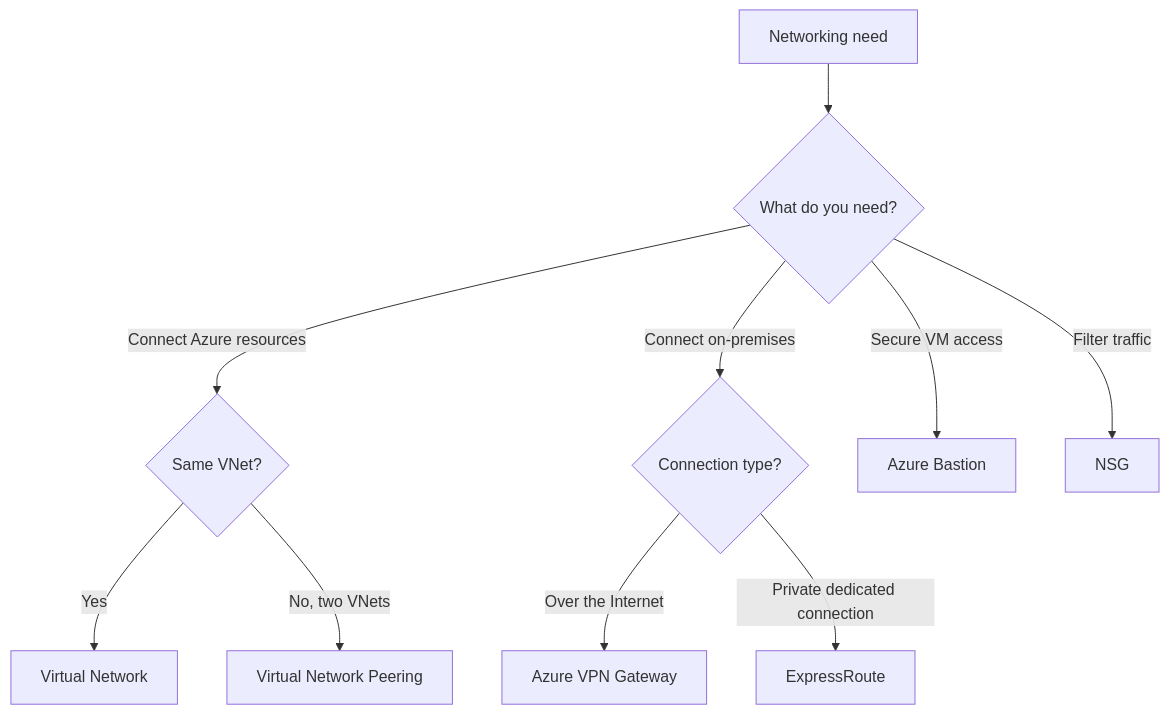
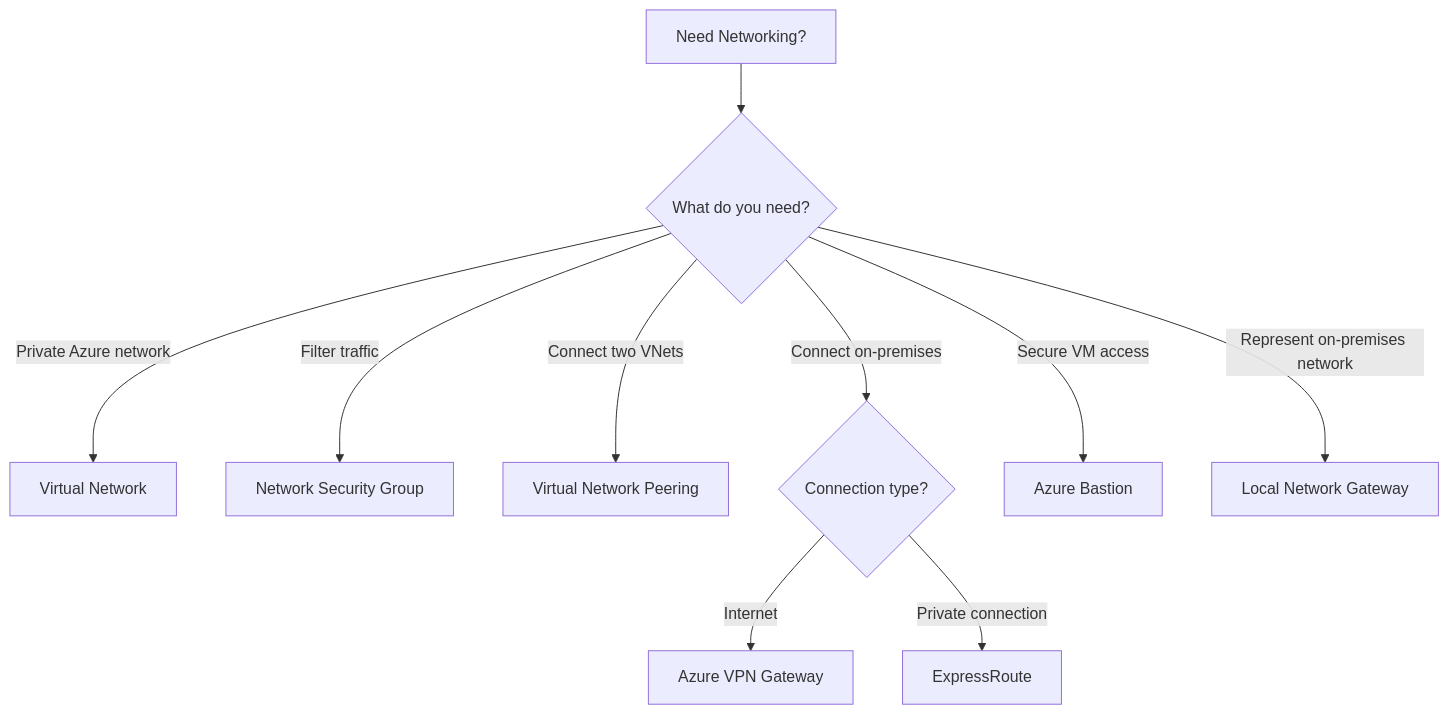
Before and after one commit to zhyordanova/azure-fundamentals-handbook: the diagram in exam/decision-trees/networking.md, drawn with Mermaid. The commit also changed other lines of this file and 11 other files, not shown here.

````diff
--- a/exam/decision-trees/networking.md
+++ b/exam/decision-trees/networking.md
@@ -1,15 +3,21 @@
 ```mermaid
 flowchart TD
-    A["Networking need"] --> B{"What do you need?"}
 
-    B -->|Connect Azure resources| C{"Same VNet?"}
-    C -->|Yes| D["Virtual Network"]
-    C -->|No, two VNets| E["Virtual Network Peering"]
+    A["Need Networking?"] --> B{"What do you need?"}
+
+    B -->|Private Azure network| C["Virtual Network"]
+
+    B -->|Filter traffic| D["Network Security Group"]
+
+    B -->|Connect two VNets| E["Virtual Network Peering"]
 
     B -->|Connect on-premises| F{"Connection type?"}
-    F -->|Over the Internet| G["Azure VPN Gateway"]
-    F -->|Private dedicated connection| H["ExpressRoute"]
+
+    F -->|Internet| G["Azure VPN Gateway"]
+
+    F -->|Private connection| H["ExpressRoute"]
 
     B -->|Secure VM access| I["Azure Bastion"]
-    B -->|Filter traffic| J["NSG"]
+
+    B -->|Represent on-premises network| J["Local Network Gateway"]
 ```
````
